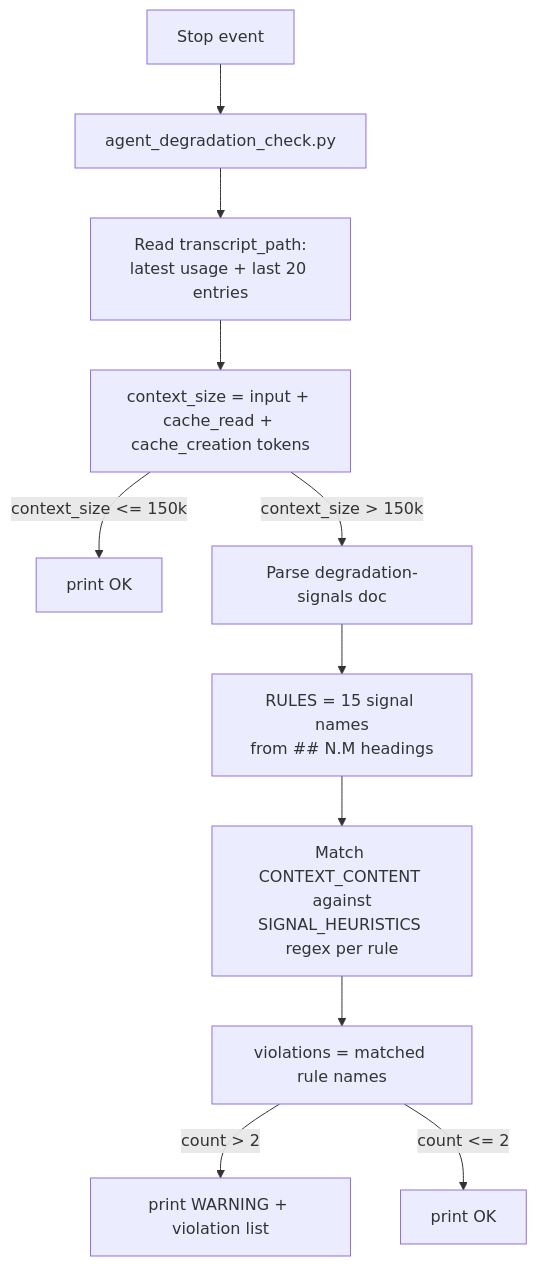
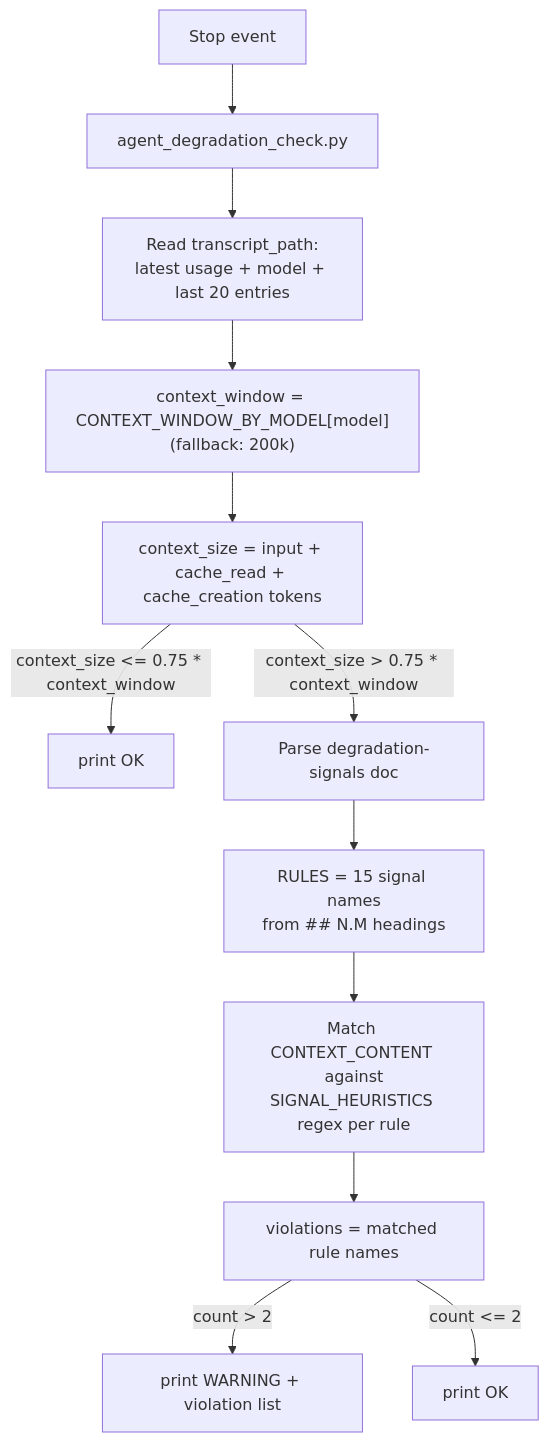
The diagram in dumb-zone-40/README.md (cieyhomelab/hooks), drawn with Mermaid before and after one commit. The commit also changed other lines of this file and 3 other files, not shown here.

Commit message:
Auto-detect context window size per model instead of hardcoding 200k

````diff
--- a/dumb-zone-40/README.md
+++ b/dumb-zone-40/README.md
@@ -48,14 +51,15 @@
 ```mermaid
 flowchart TD
     STOP[Stop event] --> ADC[agent_degradation_check.py]
 
-    ADC --> T2["Read transcript_path:\nlatest usage + last 20 entries"]
-    T2 --> CS2["context_size = input + cache_read + cache_creation tokens"]
-    CS2 -->|context_size <= 150k| OK1["print OK"]
-    CS2 -->|context_size > 150k| DOC[Parse degradation-signals doc]
+    ADC --> T2["Read transcript_path:\nlatest usage + model + last 20 entries"]
+    T2 --> CW2["context_window = CONTEXT_WINDOW_BY_MODEL[model]\n(fallback: 200k)"]
+    CW2 --> CS2["context_size = input + cache_read + cache_creation tokens"]
+    CS2 -->|context_size <= 0.75 * context_window| OK1["print OK"]
+    CS2 -->|context_size > 0.75 * context_window| DOC[Parse degradation-signals doc]
     DOC --> RULES["RULES = 15 signal names\nfrom ## N.M headings"]
     RULES --> EVAL["Match CONTEXT_CONTENT against\nSIGNAL_HEURISTICS regex per rule"]
     EVAL --> COUNT[violations = matched rule names]
     COUNT -->|"count > 2"| WARN2["print WARNING + violation list"]
     COUNT -->|"count <= 2"| OK2["print OK"]
 ```
````
